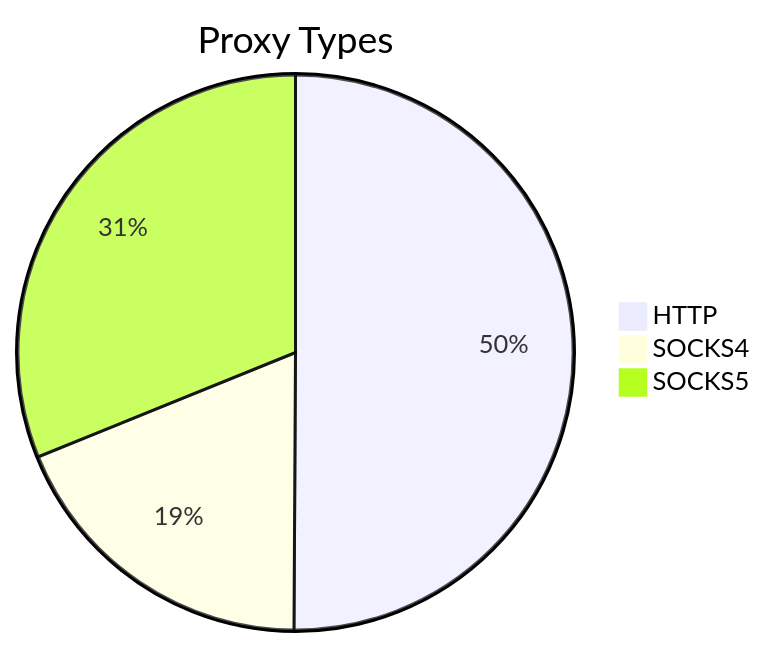
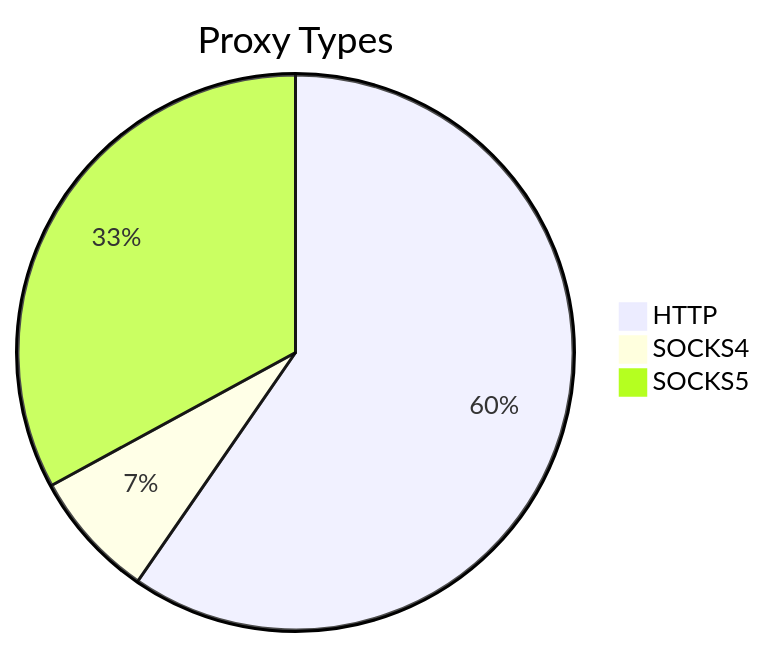
Before and after one commit to stormsia/proxy-list: the first of 2 diagrams in README.md, drawn with Mermaid. The commit also changed other lines of this file, not shown here.

````diff
--- a/README.md
+++ b/README.md
@@ -21,6 +21,6 @@
 ```mermaid
 pie title Proxy Types
-    "HTTP" : 288
-    "SOCKS4" : 108
-    "SOCKS5" : 179
+    "HTTP" : 152
+    "SOCKS4" : 19
+    "SOCKS5" : 84
 ```
````
